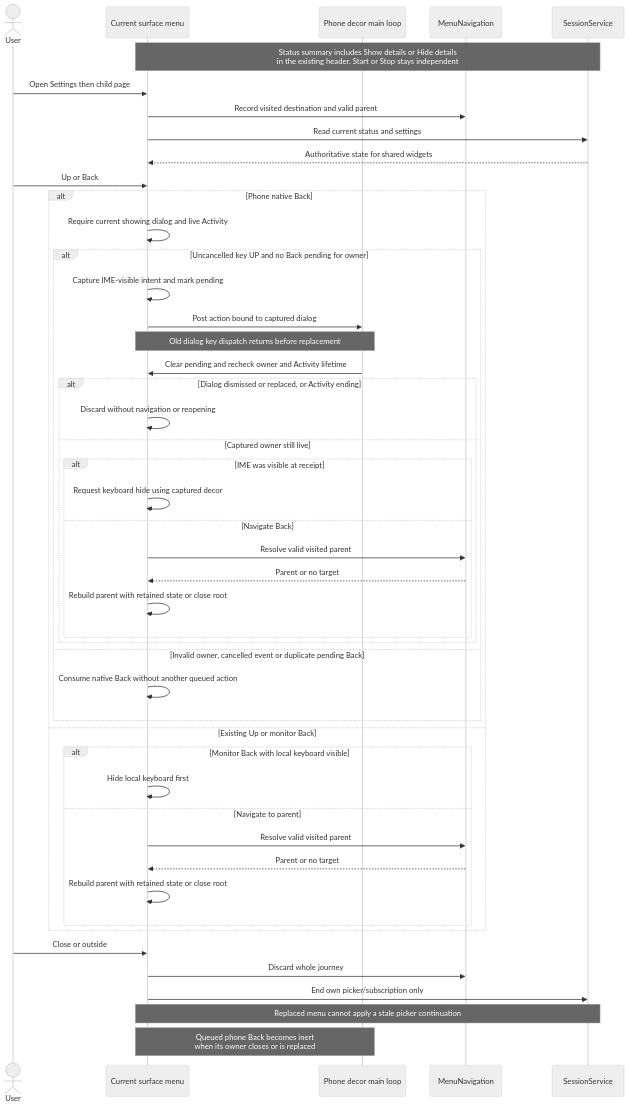
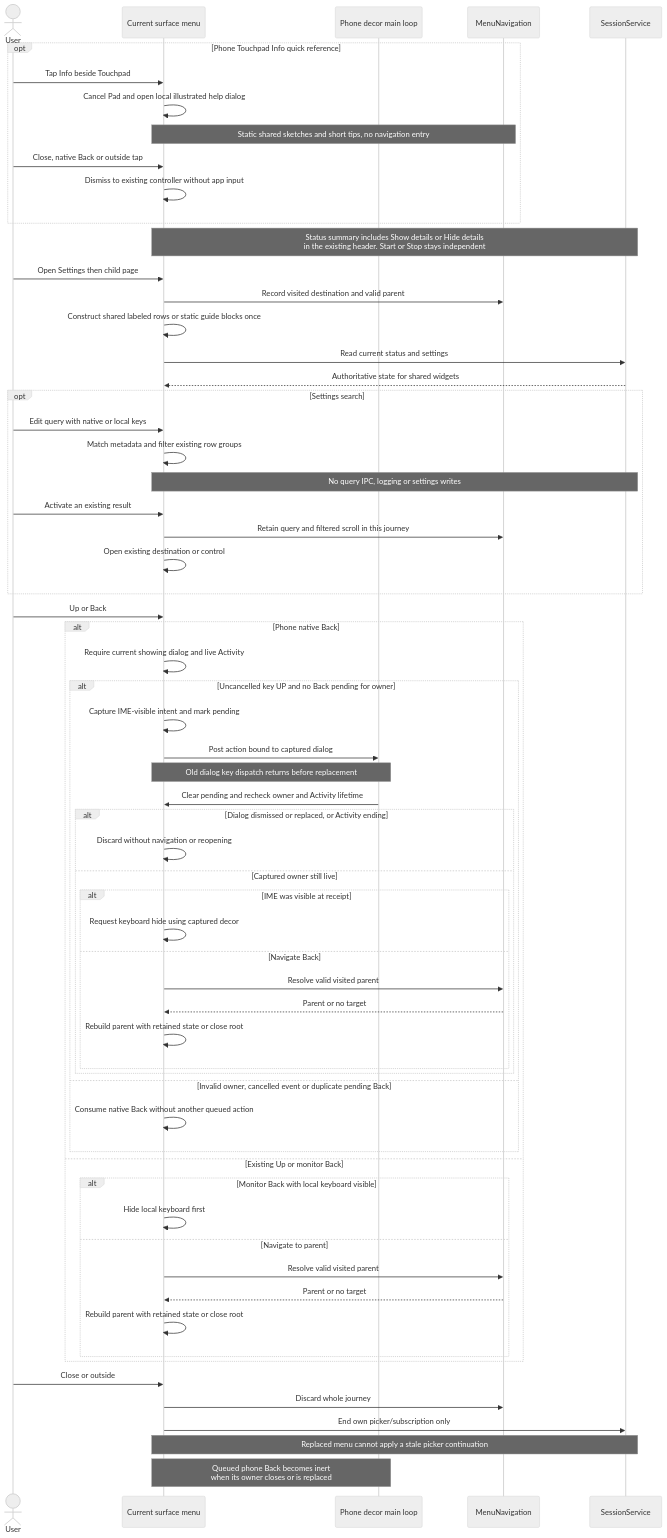
Before and after one commit to PhiLong-Ho/DexDroid: the second of 2 diagrams in docs/architecture/features/controller-ui.md, drawn with Mermaid (neutral theme). The commit also changed other lines of this file and 82 other files, not shown here.

````diff
--- a/docs/architecture/features/controller-ui.md
+++ b/docs/architecture/features/controller-ui.md
@@ -47,49 +65,65 @@
 ```mermaid
 sequenceDiagram
     actor User
     participant UI as Current surface menu
     participant Q as Phone decor main loop
     participant N as MenuNavigation
     participant S as SessionService
+    opt Phone Touchpad Info quick reference
+        User->>UI: Tap Info beside Touchpad
+        UI->>UI: Cancel Pad and open local illustrated help dialog
+        Note over UI,N: Static shared sketches and short tips, no navigation entry
+        User->>UI: Close, native Back or outside tap
+        UI->>UI: Dismiss to existing controller without app input
+    end
     Note over UI,S: Status summary includes Show details or Hide details<br/>in the existing header. Start or Stop stays independent
     User->>UI: Open Settings then child page
     UI->>N: Record visited destination and valid parent
+    UI->>UI: Construct shared labeled rows or static guide blocks once
     UI->>S: Read current status and settings
     S-->>UI: Authoritative state for shared widgets
+    opt Settings search
+        User->>UI: Edit query with native or local keys
+        UI->>UI: Match metadata and filter existing row groups
+        Note over UI,S: No query IPC, logging or settings writes
+        User->>UI: Activate an existing result
+        UI->>N: Retain query and filtered scroll in this journey
+        UI->>UI: Open existing destination or control
+    end
     User->>UI: Up or Back
     alt Phone native Back
         UI->>UI: Require current showing dialog and live Activity
         alt Uncancelled key UP and no Back pending for owner
             UI->>UI: Capture IME-visible intent and mark pending
             UI->>Q: Post action bound to captured dialog
             Note over UI,Q: Old dialog key dispatch returns before replacement
             Q->>UI: Clear pending and recheck owner and Activity lifetime
             alt Dialog dismissed or replaced, or Activity ending
                 UI->>UI: Discard without navigation or reopening
             else Captured owner still live
                 alt IME was visible at receipt
                     UI->>UI: Request keyboard hide using captured decor
                 else Navigate Back
                     UI->>N: Resolve valid visited parent
                     N-->>UI: Parent or no target
                     UI->>UI: Rebuild parent with retained state or close root
                 end
             end
         else Invalid owner, cancelled event or duplicate pending Back
             UI->>UI: Consume native Back without another queued action
         end
     else Existing Up or monitor Back
         alt Monitor Back with local keyboard visible
             UI->>UI: Hide local keyboard first
         else Navigate to parent
             UI->>N: Resolve valid visited parent
             N-->>UI: Parent or no target
             UI->>UI: Rebuild parent with retained state or close root
         end
     end
     User->>UI: Close or outside
     UI->>N: Discard whole journey
     UI->>S: End own picker/subscription only
     Note over UI,S: Replaced menu cannot apply a stale picker continuation
     Note over UI,Q: Queued phone Back becomes inert<br/>when its owner closes or is replaced
 ```
````
